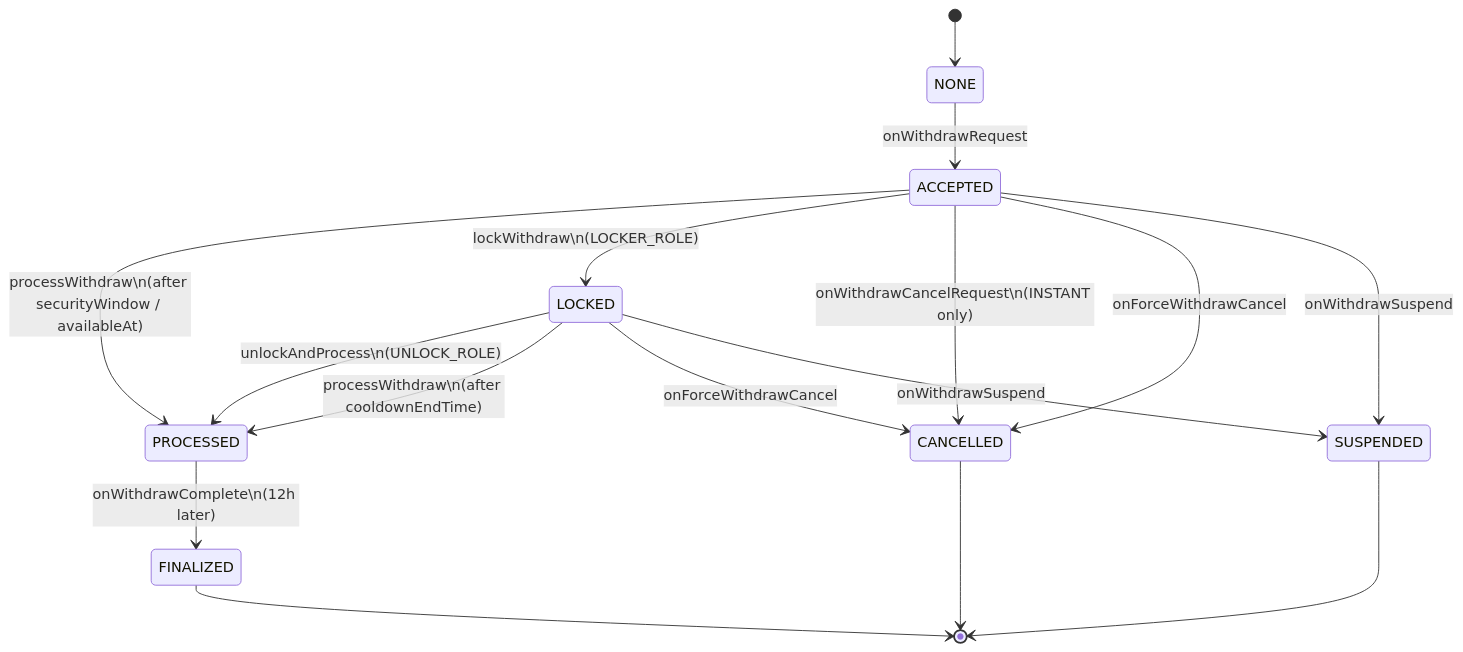
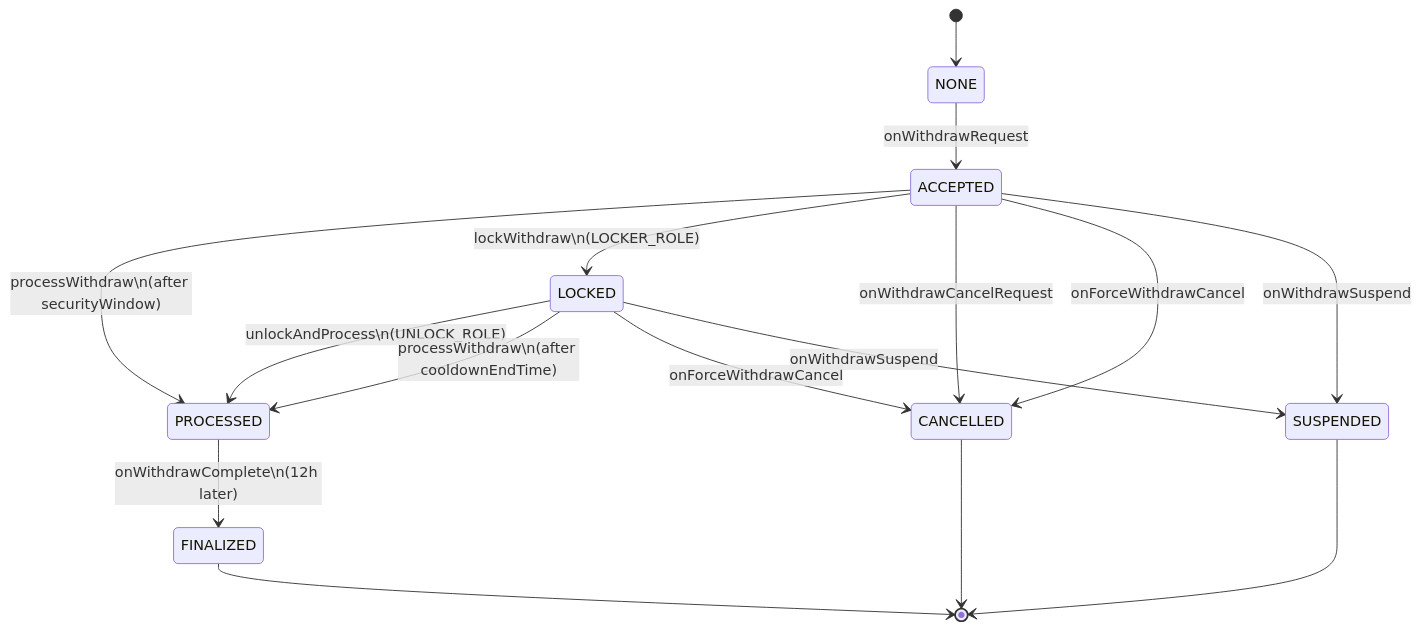
The second of 29 diagrams in docs/v0.8.6/express-bot-operations-checklist.md (SYMM-IO/perps-core), drawn with Mermaid before and after one commit. The commit also changed other lines of this file and 14 other files, not shown here.

````diff
--- a/docs/v0.8.6/express-bot-operations-checklist.md
+++ b/docs/v0.8.6/express-bot-operations-checklist.md
@@ -67,21 +66,21 @@
 ```mermaid
 stateDiagram-v2
     [*] --> NONE
     NONE --> ACCEPTED : onWithdrawRequest
 
-    ACCEPTED --> PROCESSED : processWithdraw\n(after securityWindow / availableAt)
+    ACCEPTED --> PROCESSED : processWithdraw\n(after securityWindow)
     ACCEPTED --> LOCKED : lockWithdraw\n(LOCKER_ROLE)
-    ACCEPTED --> CANCELLED : onWithdrawCancelRequest\n(INSTANT only)
+    ACCEPTED --> CANCELLED : onWithdrawCancelRequest
     ACCEPTED --> CANCELLED : onForceWithdrawCancel
     ACCEPTED --> SUSPENDED : onWithdrawSuspend
 
     LOCKED --> PROCESSED : unlockAndProcess\n(UNLOCK_ROLE)
     LOCKED --> PROCESSED : processWithdraw\n(after cooldownEndTime)
     LOCKED --> CANCELLED : onForceWithdrawCancel
     LOCKED --> SUSPENDED : onWithdrawSuspend
 
     PROCESSED --> FINALIZED : onWithdrawComplete\n(12h later)
     FINALIZED --> [*]
     CANCELLED --> [*]
     SUSPENDED --> [*]
 ```
````
